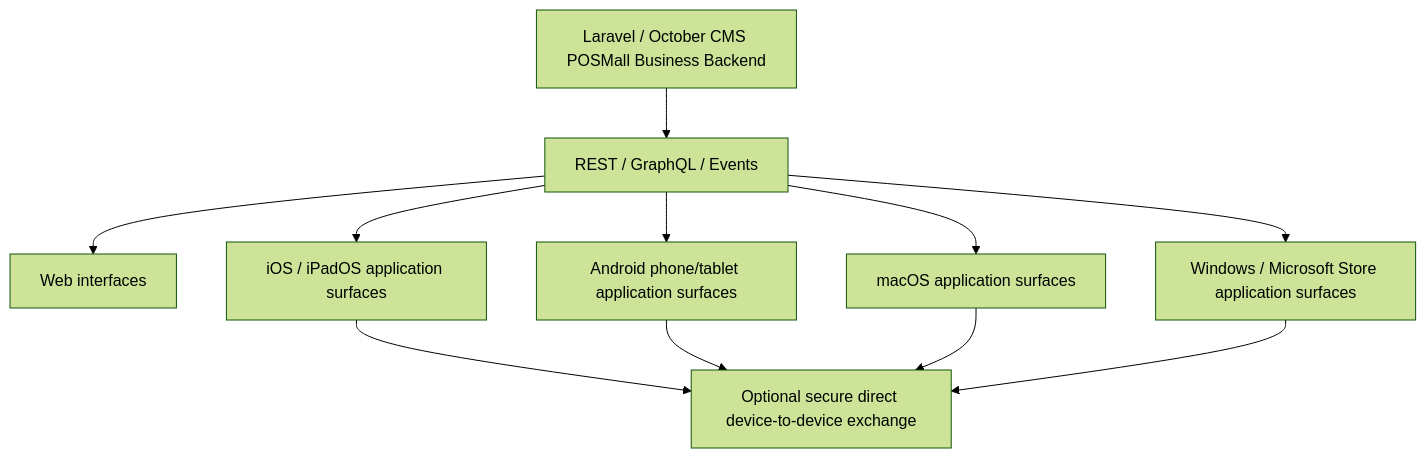
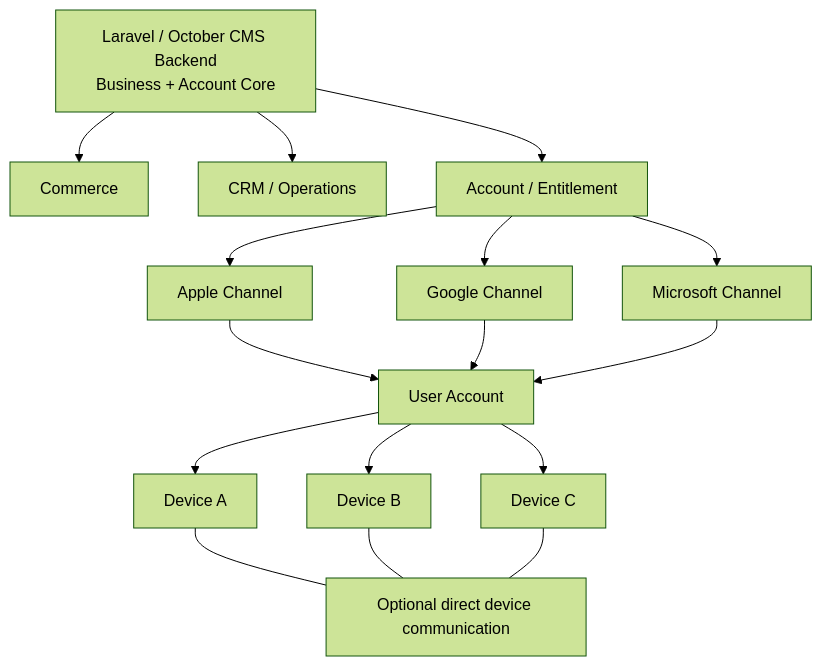
Before and after one commit to TjoBiZ/portfoliobackend: the diagram in public/knowledge/posmall-cross-platform-and-p2p-architecture.md, drawn with Mermaid (forest theme). The commit also changed other lines of this file and 7 other files, not shown here.

Commit message:
Strengthen POSMall cross-platform entitlement docs

````diff
--- a/public/knowledge/posmall-cross-platform-and-p2p-architecture.md
+++ b/public/knowledge/posmall-cross-platform-and-p2p-architecture.md
@@ -58,22 +73,31 @@
 ```mermaid
 graph TD
-  Backend["Laravel / October CMS POSMall Business Backend"]
-  API["REST / GraphQL / Events"]
-  Web["Web interfaces"]
-  IOS["iOS / iPadOS application surfaces"]
-  Android["Android phone/tablet application surfaces"]
-  Mac["macOS application surfaces"]
-  Windows["Windows / Microsoft Store application surfaces"]
-  P2P["Optional secure direct device-to-device exchange"]
+  Backend["Laravel / October CMS Backend<br/>Business + Account Core"]
+  Commerce["Commerce"]
+  Operations["CRM / Operations"]
+  Entitlement["Account / Entitlement"]
+  Apple["Apple Channel"]
+  Google["Google Channel"]
+  Microsoft["Microsoft Channel"]
+  Account["User Account"]
+  DeviceA["Device A"]
+  DeviceB["Device B"]
+  DeviceC["Device C"]
+  Direct["Optional direct device communication"]
 
-  Backend --> API
-  API --> Web
-  API --> IOS
-  API --> Android
-  API --> Mac
-  API --> Windows
-  IOS --> P2P
-  Android --> P2P
-  Mac --> P2P
-  Windows --> P2P
+  Backend --> Commerce
+  Backend --> Operations
+  Backend --> Entitlement
+  Entitlement --> Apple
+  Entitlement --> Google
+  Entitlement --> Microsoft
+  Apple --> Account
+  Google --> Account
+  Microsoft --> Account
+  Account --> DeviceA
+  Account --> DeviceB
+  Account --> DeviceC
+  DeviceA --- Direct
+  DeviceB --- Direct
+  DeviceC --- Direct
 ```
````
